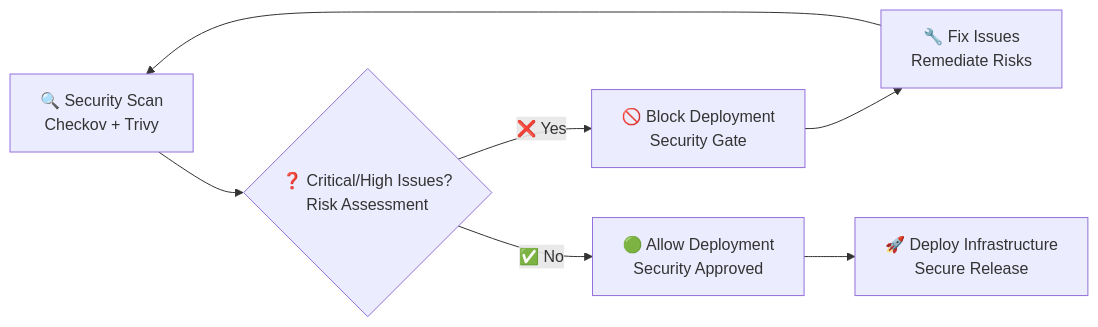
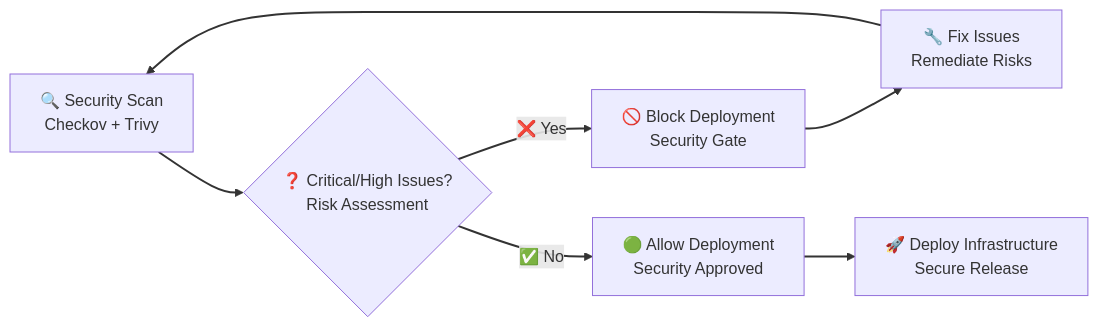
Before and after one commit to Celtikill/static-site: the second of 2 diagrams in SECURITY.md, drawn with Mermaid. The commit also changed other lines of this file and 17 other files, not shown here.

````diff
--- a/SECURITY.md
+++ b/SECURITY.md
@@ -101,10 +113,21 @@
 ```mermaid
+%%{init: {'theme':'default', 'themeVariables': {'fontSize':'16px'}}}%%
 graph LR
+    accTitle: Security Scanning Decision Flow with Remediation Loop
+    accDescr: Automated security scanning workflow implementing fail-fast security gates with remediation feedback loop. Security scanning executes during BUILD phase using Checkov for infrastructure-as-code security validation checking 50+ built-in policies covering AWS security best practices, CIS benchmarks, HIPAA compliance, and organizational standards, combined with Trivy for vulnerability detection scanning infrastructure configurations and dependencies for known CVEs and security misconfigurations. Risk assessment evaluates scan results classifying findings by severity with CRITICAL issues requiring immediate remediation representing exploitable vulnerabilities or severe misconfigurations, HIGH issues indicating significant security risks requiring remediation before deployment, MEDIUM issues flagged as warnings for review and remediation in backlog, and LOW issues logged for awareness without blocking deployment. Critical or High findings immediately trigger deployment blocking through the security gate preventing vulnerable infrastructure from reaching any environment implementing fail-fast security principles. Security approval for deployments without critical or high findings allows progression to deployment phases ensuring only secure infrastructure configurations advance through the pipeline. Blocked deployments require issue remediation fixing security violations through code changes, configuration updates, or architectural improvements creating secure alternatives. After remediation, code returns to security scanning for validation ensuring fixes resolved vulnerabilities without introducing new issues. This continuous feedback loop prevents security debt accumulation while maintaining deployment velocity by catching vulnerabilities early where remediation costs are lowest and blast radius is contained to development environments.
+
     A["🔍 Security Scan<br/>Checkov + Trivy"] --> B{"❓ Critical/High Issues?<br/>Risk Assessment"}
     B -->|"❌ Yes"| C["🚫 Block Deployment<br/>Security Gate"]
     B -->|"✅ No"| D["🟢 Allow Deployment<br/>Security Approved"]
 
     C --> E["🔧 Fix Issues<br/>Remediate Risks"]
     E --> A
     D --> F["🚀 Deploy Infrastructure<br/>Secure Release"]
+
+    linkStyle 0 stroke:#333333,stroke-width:2px
+    linkStyle 1 stroke:#333333,stroke-width:2px
+    linkStyle 2 stroke:#333333,stroke-width:2px
+    linkStyle 3 stroke:#333333,stroke-width:2px
+    linkStyle 4 stroke:#333333,stroke-width:2px
+    linkStyle 5 stroke:#333333,stroke-width:2px
 ```
````
